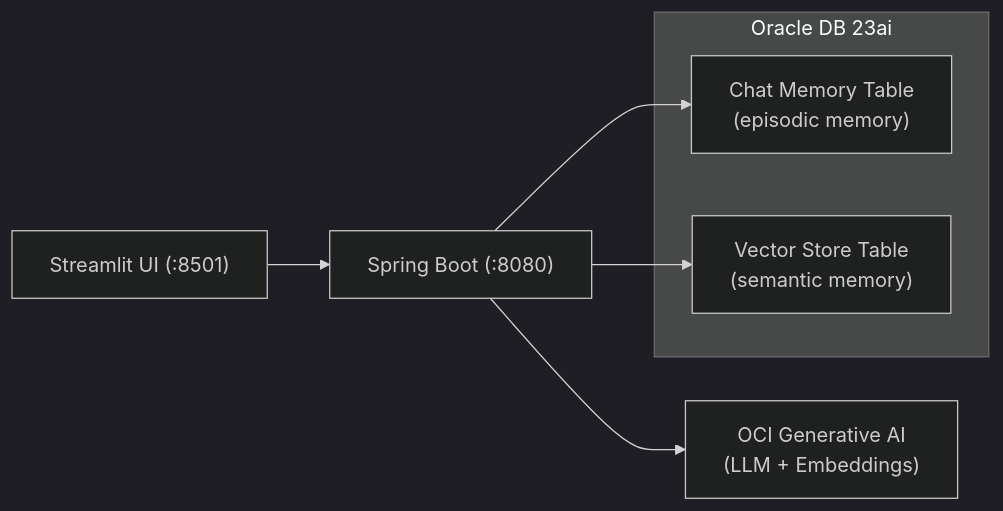
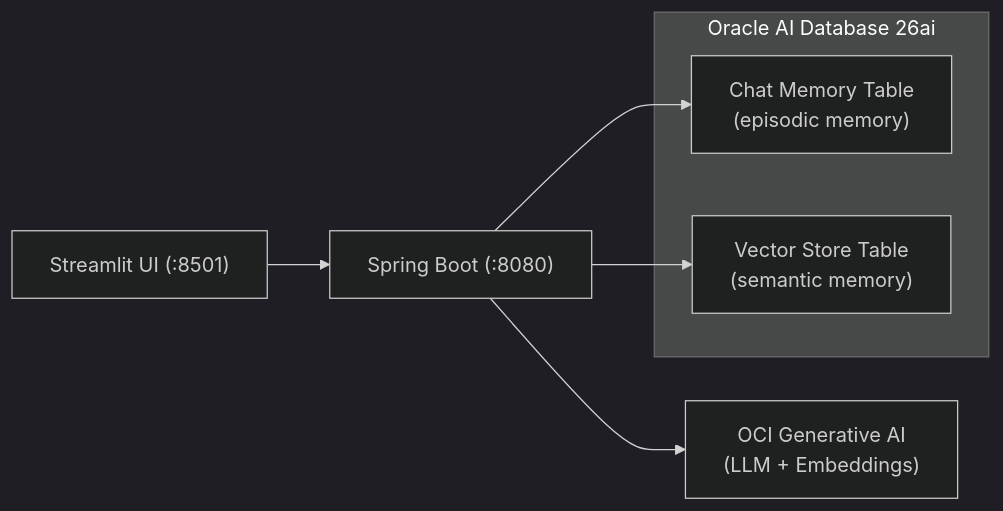
Before and after one commit to vmleon/oracle-database-java-agent-memory: the diagram in README.md, drawn with Mermaid (dark theme). The commit also changed other lines of this file and 1 other file, not shown here.

````diff
--- a/README.md
+++ b/README.md
@@ -7,12 +7,12 @@
 ```mermaid
 graph LR
     UI["Streamlit UI (:8501)"] --> API["Spring Boot (:8080)"]
     API --> OCI["OCI Generative AI<br/>(LLM + Embeddings)"]
     API --> CM["Chat Memory Table<br/>(episodic memory)"]
     API --> VS["Vector Store Table<br/>(semantic memory)"]
 
-    subgraph Oracle DB 23ai
+    subgraph Oracle AI Database 26ai
         CM
         VS
     end
 ```
````
